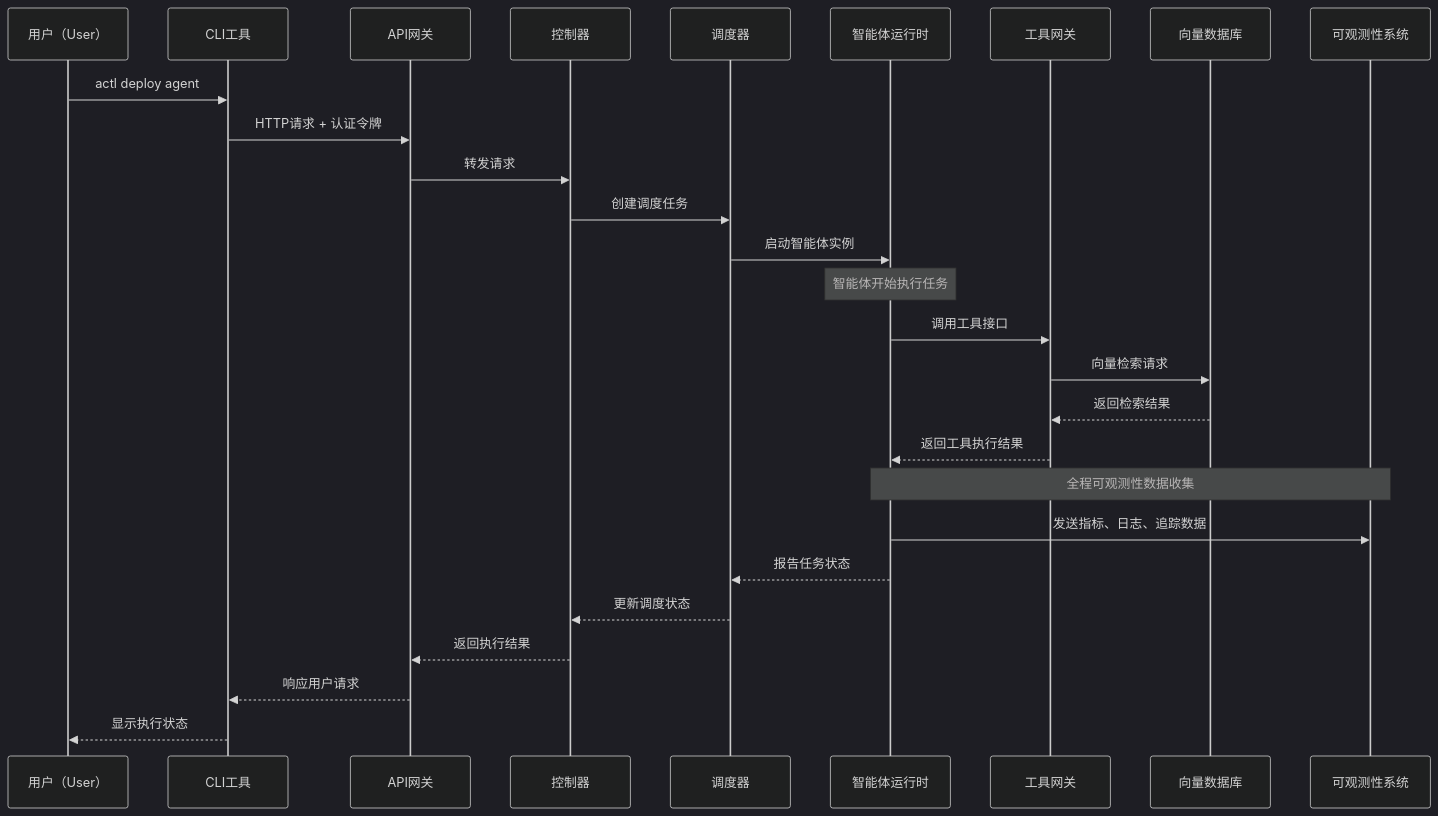
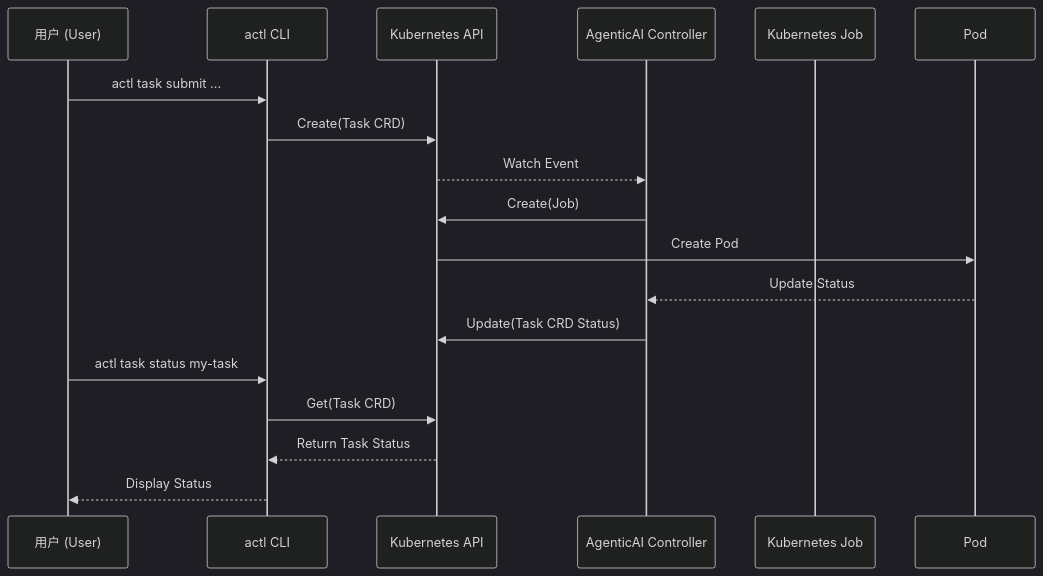
Before and after one commit to turtacn/agenticai: the second of 3 diagrams in docs/architecture.md, drawn with Mermaid (dark theme). The commit also changed other lines of this file and 34 other files, not shown here.

````diff
--- a/docs/architecture.md
+++ b/docs/architecture.md
@@ -338,34 +338,21 @@
 ```mermaid
 sequenceDiagram
-    participant U as 用户（User）
-    participant CLI as CLI工具
-    participant API as API网关
-    participant CTRL as 控制器
-    participant SCHED as 调度器
-    participant AGENT as 智能体运行时
-    participant TOOL as 工具网关
-    participant VDB as 向量数据库
-    participant OBS as 可观测性系统
-    
-    U->>CLI: actl deploy agent
-    CLI->>API: HTTP请求 + 认证令牌
-    API->>CTRL: 转发请求
-    CTRL->>SCHED: 创建调度任务
-    SCHED->>AGENT: 启动智能体实例
-    
-    Note over AGENT: 智能体开始执行任务
-    
-    AGENT->>TOOL: 调用工具接口
-    TOOL->>VDB: 向量检索请求
-    VDB-->>TOOL: 返回检索结果
-    TOOL-->>AGENT: 返回工具执行结果
-    
-    Note over AGENT,OBS: 全程可观测性数据收集
-    
-    AGENT->>OBS: 发送指标、日志、追踪数据
-    AGENT-->>SCHED: 报告任务状态
-    SCHED-->>CTRL: 更新调度状态
-    CTRL-->>API: 返回执行结果
-    API-->>CLI: 响应用户请求
-    CLI-->>U: 显示执行状态
+    participant User as 用户 (User)
+    participant ACTL as actl CLI
+    participant K8s as Kubernetes API
+    participant Controller as AgenticAI Controller
+    participant Job as Kubernetes Job
+    participant Pod as Pod
+
+    User->>ACTL: actl task submit ...
+    ACTL->>K8s: Create(Task CRD)
+    K8s-->>Controller: Watch Event
+    Controller->>K8s: Create(Job)
+    K8s->>Pod: Create Pod
+    Pod-->>Controller: Update Status
+    Controller->>K8s: Update(Task CRD Status)
+    User->>ACTL: actl task status my-task
+    ACTL->>K8s: Get(Task CRD)
+    K8s-->>ACTL: Return Task Status
+    ACTL-->>User: Display Status
 ```
````
